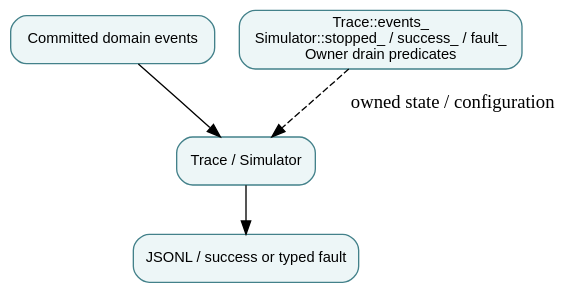
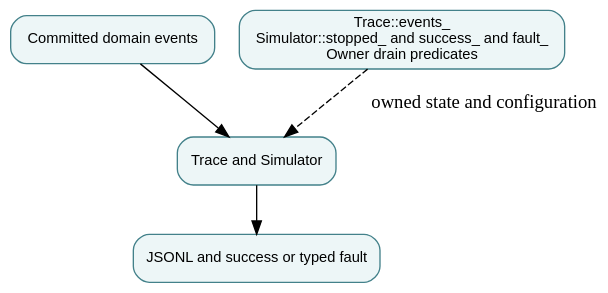
One commit to qsbit-org/qsbit-sim changed the diagram in docs/modules/trace-recorder-and-stop-controller.md. Above: the diagram before and after it, drawn with Graphviz. The commit also changed other lines of this file and 71 other files, not shown here.

````diff
--- a/docs/modules/trace-recorder-and-stop-controller.md
+++ b/docs/modules/trace-recorder-and-stop-controller.md
@@ -14,11 +14,11 @@
 ```{graphviz}
 digraph module {
   rankdir=TB; bgcolor="transparent";
   node [shape=box, style="rounded,filled", fillcolor="#edf6f7", color="#43818a", fontname="sans-serif", fontsize=11];
   input [label="Committed domain events"];
-  owner [label="Trace / Simulator"];
-  state [label="Trace::events_\nSimulator::stopped_ / success_ / fault_\nOwner drain predicates"];
-  output [label="JSONL / success or typed fault"];
-  input -> owner; owner -> output; state -> owner [style=dashed, label="owned state / configuration"];
+  owner [label="Trace and Simulator"];
+  state [label="Trace::events_\nSimulator::stopped_ and success_ and fault_\nOwner drain predicates"];
+  output [label="JSONL and success or typed fault"];
+  input -> owner; owner -> output; state -> owner [style=dashed, label="owned state and configuration"];
 }
 ```
````
